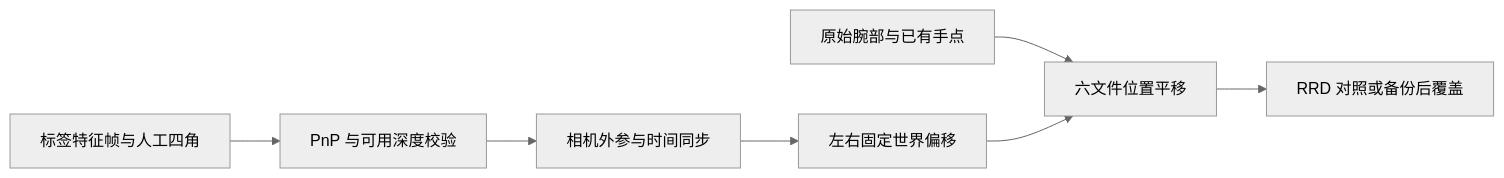
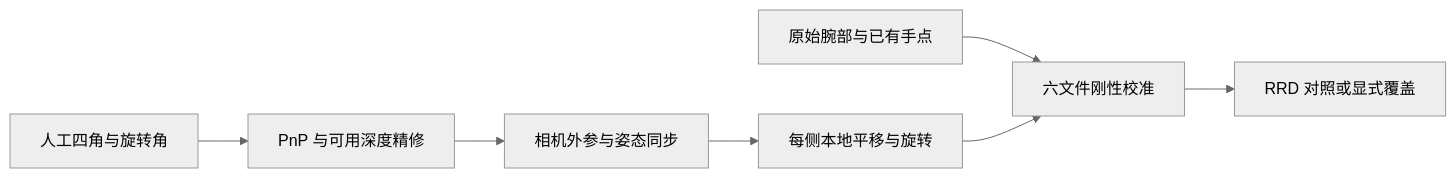
The diagram in docs/hand_pipeline.md (qinminghui869-sys/vive_correct), drawn with Mermaid (neutral theme) before and after one commit. The commit also changed other lines of this file and 11 other files, not shown here.

````diff
--- a/docs/hand_pipeline.md
+++ b/docs/hand_pipeline.md
@@ -7,9 +7,9 @@
 ```mermaid
 flowchart LR
-    A[标签特征帧与人工四角] --> B[PnP 与可用深度校验]
-    B --> C[相机外参与时间同步]
-    C --> D[左右固定世界偏移]
-    E[原始腕部与已有手点] --> F[六文件位置平移]
+    A[人工四角与旋转角] --> B[PnP 与可用深度精修]
+    B --> C[相机外参与姿态同步]
+    C --> D[每侧本地平移与旋转]
+    E[原始腕部与已有手点] --> F[六文件刚性校准]
     D --> F
-    F --> G[RRD 对照或备份后覆盖]
+    F --> G[RRD 对照或显式覆盖]
 ```
````
